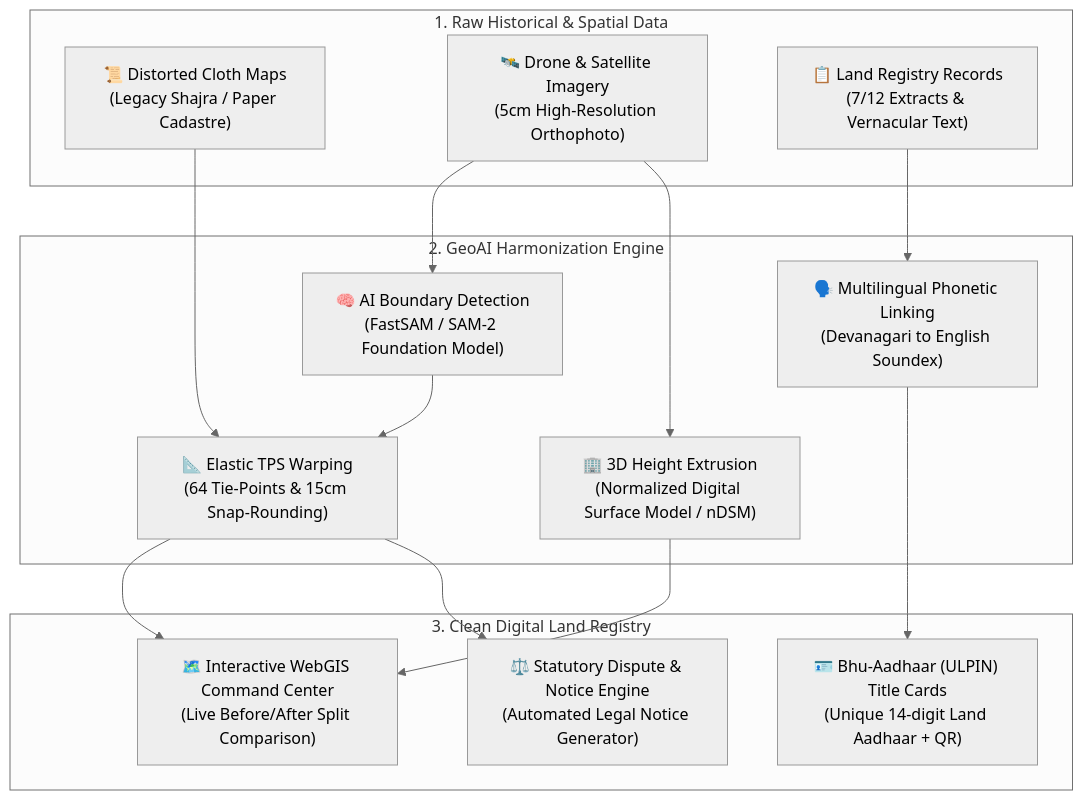
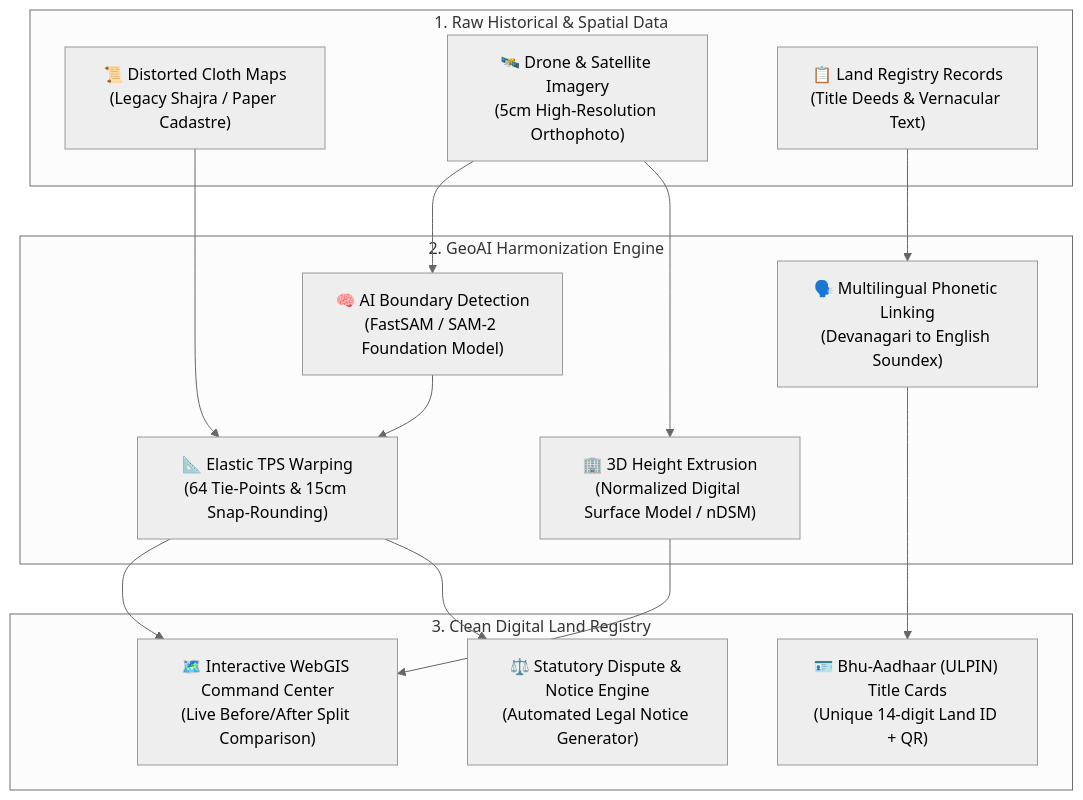
The diagram in README.md (aayushbamal/Project-ALIGN), drawn with Mermaid (neutral theme) before and after one commit. The commit also changed other lines of this file and 2 other files, not shown here.

````diff
--- a/README.md
+++ b/README.md
@@ -35,31 +33,31 @@
 ```mermaid
 flowchart TD
     subgraph Inputs["1. Raw Historical & Spatial Data"]
         A["📜 Distorted Cloth Maps<br/>(Legacy Shajra / Paper Cadastre)"]
         B["🛰️ Drone & Satellite Imagery<br/>(5cm High-Resolution Orthophoto)"]
-        C["📋 Land Registry Records<br/>(7/12 Extracts & Vernacular Text)"]
+        C["📋 Land Registry Records<br/>(Title Deeds & Vernacular Text)"]
     end
 
     subgraph GeoAI["2. GeoAI Harmonization Engine"]
         D["🧠 AI Boundary Detection<br/>(FastSAM / SAM-2 Foundation Model)"]
         E["📐 Elastic TPS Warping<br/>(64 Tie-Points & 15cm Snap-Rounding)"]
         F["🏢 3D Height Extrusion<br/>(Normalized Digital Surface Model / nDSM)"]
         G["🗣️ Multilingual Phonetic Linking<br/>(Devanagari to English Soundex)"]
     end
 
     subgraph Outputs["3. Clean Digital Land Registry"]
         H["🗺️ Interactive WebGIS Command Center<br/>(Live Before/After Split Comparison)"]
-        I["🪪 Bhu-Aadhaar (ULPIN) Title Cards<br/>(Unique 14-digit Land Aadhaar + QR)"]
+        I["🪪 Bhu-Aadhaar (ULPIN) Title Cards<br/>(Unique 14-digit Land ID + QR)"]
         J["⚖️ Statutory Dispute & Notice Engine<br/>(Automated Legal Notice Generator)"]
     end
 
     A --> E
     B --> D
     D --> E
     B --> F
     C --> G
     E --> H
     F --> H
     G --> I
     E --> J
 ```
````
